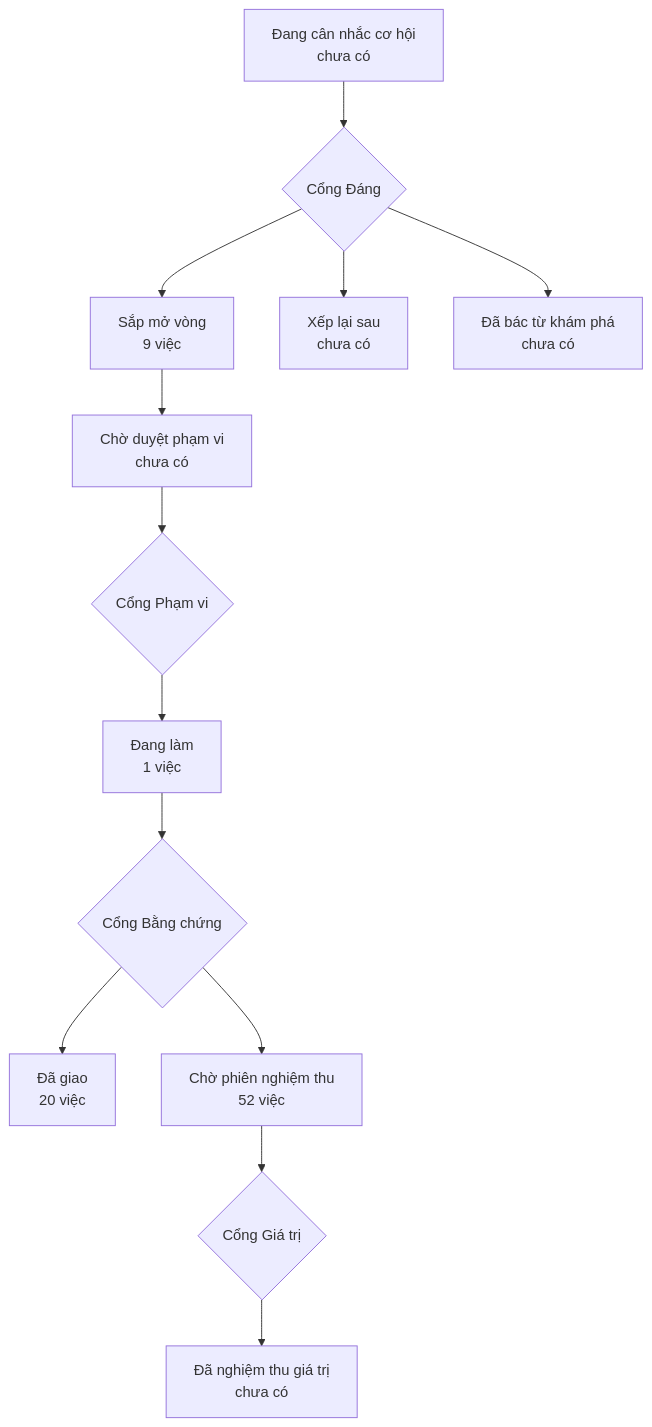
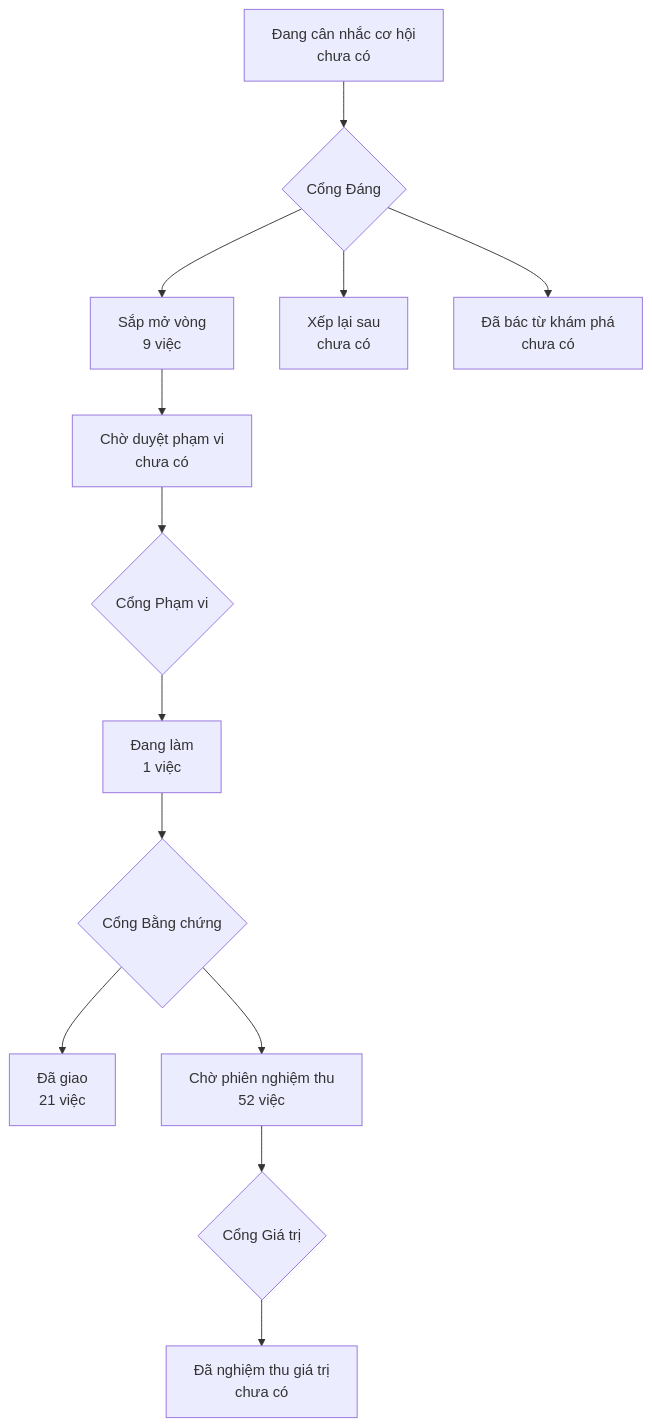
Before and after one commit to phanlemanh/onehub-inventory: the diagram in PRODUCT-MAP.md, drawn with Mermaid. The commit also changed other lines of this file and 1 other file, not shown here.

Commit message:
chore: redraw the product map and roadmap after merging main

````diff
--- a/PRODUCT-MAP.md
+++ b/PRODUCT-MAP.md
@@ -7,12 +7,12 @@
 ```mermaid
 flowchart TD
   A["Đang cân nhắc cơ hội<br/>chưa có"] --> GD{"Cổng Đáng"}
   GD --> B["Sắp mở vòng<br/>9 việc"]
   GD --> XL["Xếp lại sau<br/>chưa có"]
   GD --> DB["Đã bác từ khám phá<br/>chưa có"]
   B --> CD["Chờ duyệt phạm vi<br/>chưa có"] --> GP{"Cổng Phạm vi"}
   GP --> DL["Đang làm<br/>1 việc"] --> GB{"Cổng Bằng chứng"}
-  GB --> DG["Đã giao<br/>20 việc"]
+  GB --> DG["Đã giao<br/>21 việc"]
   GB --> CN["Chờ phiên nghiệm thu<br/>52 việc"] --> GG{"Cổng Giá trị"}
   GG --> NT["Đã nghiệm thu giá trị<br/>chưa có"]
 ```
````
